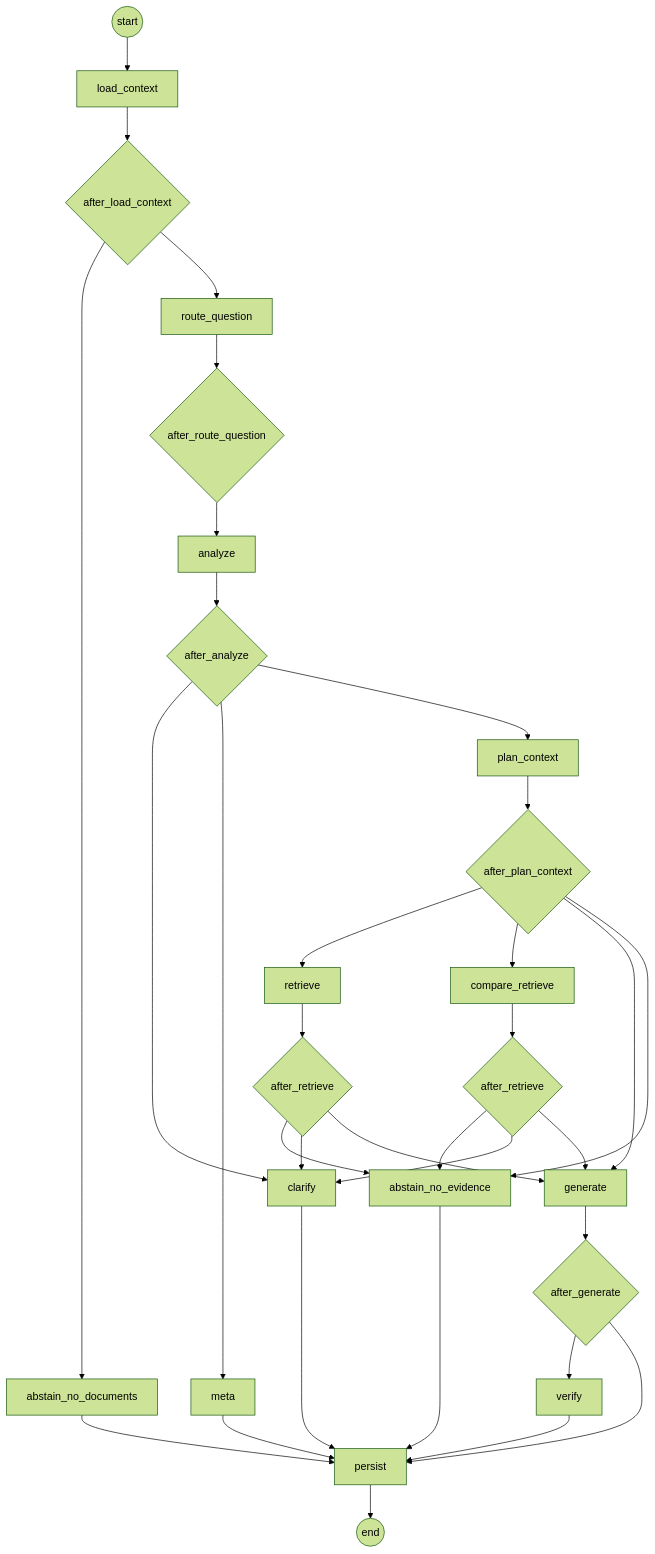
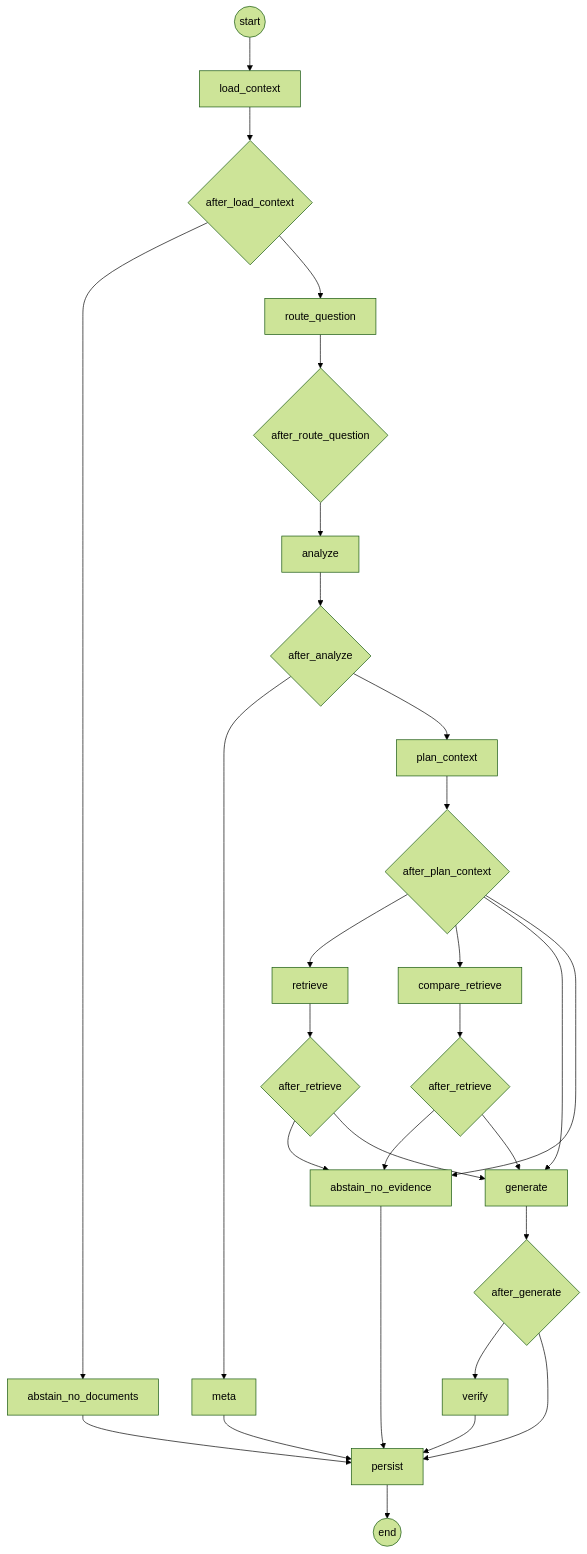
One commit to Madhav2310/Vault-System changed the diagram in docs/img/chat_turn.mmd. Above: the diagram before and after it, drawn with Mermaid (forest theme). The commit also changed 38 other files, not shown here.

```diff
--- a/docs/img/chat_turn.mmd
+++ b/docs/img/chat_turn.mmd
@@ -1,46 +1,41 @@
 flowchart TD
     start((start)) --> load_context
     load_context["load_context"]
     route_question["route_question"]
     analyze["analyze"]
     plan_context["plan_context"]
     retrieve["retrieve"]
     compare_retrieve["compare_retrieve"]
     generate["generate"]
     verify["verify"]
-    clarify["clarify"]
     meta["meta"]
     abstain_no_documents["abstain_no_documents"]
     abstain_no_evidence["abstain_no_evidence"]
     persist["persist"]
     load_context --> load_context__r{after_load_context}
     load_context__r --> abstain_no_documents
     load_context__r --> route_question
     route_question --> route_question__r{after_route_question}
     route_question__r --> analyze
     analyze --> analyze__r{after_analyze}
-    analyze__r --> clarify
     analyze__r --> meta
     analyze__r --> plan_context
     plan_context --> plan_context__r{after_plan_context}
     plan_context__r --> retrieve
     plan_context__r --> compare_retrieve
     plan_context__r --> generate
     plan_context__r --> abstain_no_evidence
     retrieve --> retrieve__r{after_retrieve}
     retrieve__r --> abstain_no_evidence
-    retrieve__r --> clarify
     retrieve__r --> generate
     compare_retrieve --> compare_retrieve__r{after_retrieve}
     compare_retrieve__r --> abstain_no_evidence
-    compare_retrieve__r --> clarify
     compare_retrieve__r --> generate
     generate --> generate__r{after_generate}
     generate__r --> verify
     generate__r --> persist
     verify --> persist
-    clarify --> persist
     meta --> persist
     abstain_no_documents --> persist
     abstain_no_evidence --> persist
     persist --> end_((end))
```
